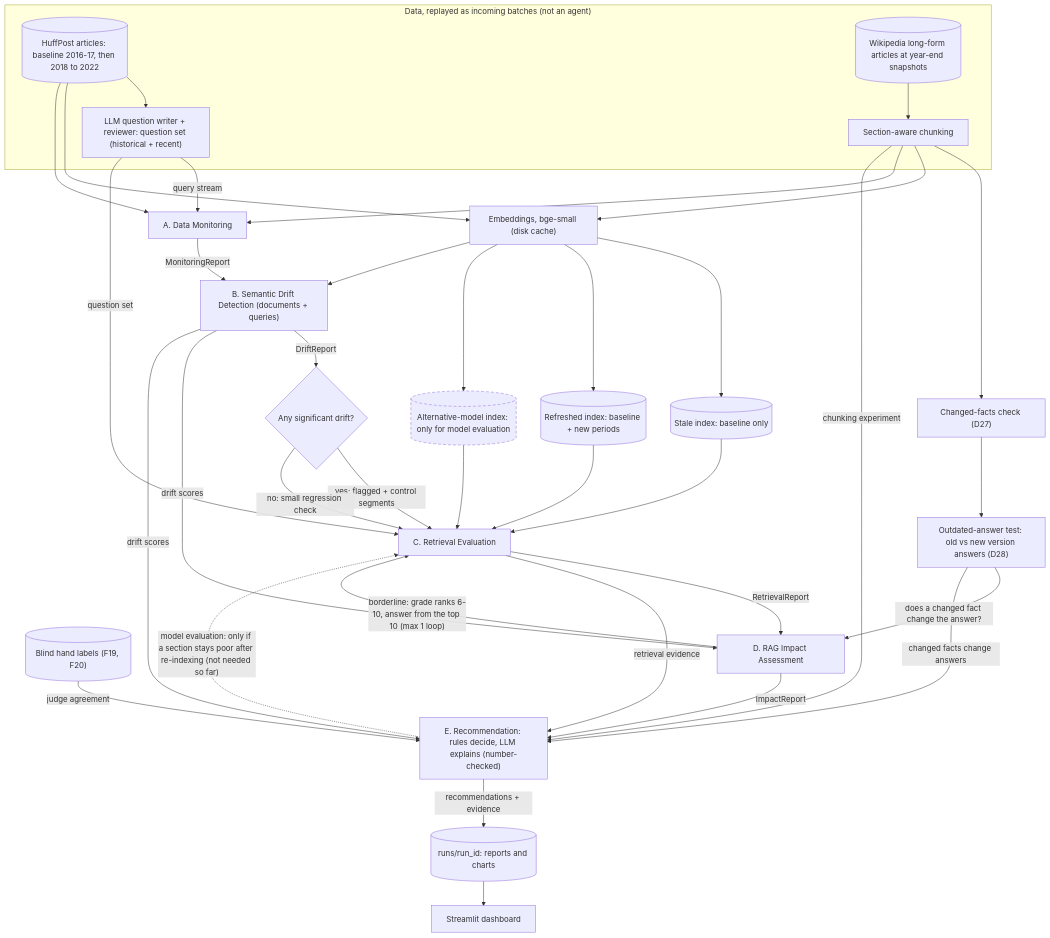
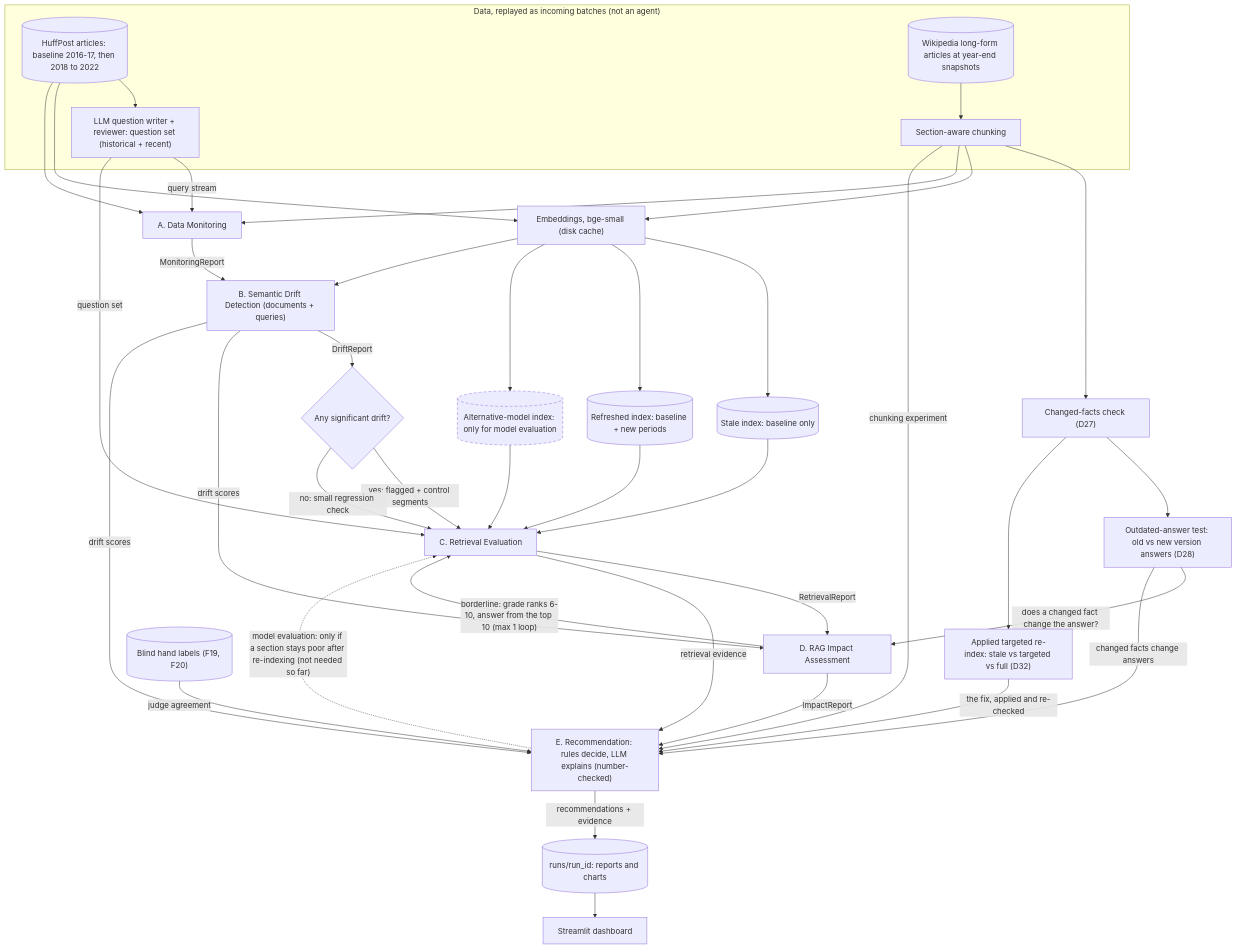
The diagram in docs/architecture.md (rahulleoak/rag-drift-monitor), drawn with Mermaid before and after one commit. The commit also changed other lines of this file and 6 other files, not shown here.

Commit message:
Docs refresh: coverage and success criteria show what is built; presentation notes brought up to date with next steps; architecture corrected (no LLM in Agent B); review file removed

````diff
--- a/docs/architecture.md
+++ b/docs/architecture.md
@@ -53,47 +56,49 @@
 ```mermaid
 flowchart TD
     subgraph DATA["Data, replayed as incoming batches (not an agent)"]
         HP[("HuffPost articles: baseline 2016-17, then 2018 to 2022")]
         WK[("Wikipedia long-form articles at year-end snapshots")]
         WK --> CH["Section-aware chunking"]
         HP --> QGEN["LLM question writer + reviewer: question set (historical + recent)"]
     end
     CH --> FACTS["Changed-facts check (D27)"]
     FACTS --> OAT["Outdated-answer test: old vs new version answers (D28)"]
+    FACTS --> RIX["Applied targeted re-index: stale vs targeted vs full (D32)"]
     LABELS[("Blind hand labels (F19, F20)")]
 
     HP --> EMB["Embeddings, bge-small (disk cache)"]
     CH --> EMB
     EMB --> STALE[("Stale index: baseline only")]
     EMB --> FRESH[("Refreshed index: baseline + new periods")]
     EMB --> ALT[("Alternative-model index: only for model evaluation")]
 
     HP --> A["A. Data Monitoring"]
     CH --> A
     QGEN -->|"query stream"| A
     A -->|"MonitoringReport"| B["B. Semantic Drift Detection (documents + queries)"]
     EMB --> B
     B -->|"DriftReport"| G1{"Any significant drift?"}
     G1 -->|"yes: flagged + control segments"| C["C. Retrieval Evaluation"]
     G1 -->|"no: small regression check"| C
     QGEN -->|"question set"| C
     STALE --> C
     FRESH --> C
     ALT --> C
     C -->|"RetrievalReport"| D["D. RAG Impact Assessment"]
     B -->|"drift scores"| D
     OAT -->|"does a changed fact change the answer?"| D
     D -->|"borderline: grade ranks 6-10, answer from the top 10 (max 1 loop)"| C
     D -->|"ImpactReport"| E["E. Recommendation: rules decide, LLM explains (number-checked)"]
     B -->|"drift scores"| E
     C -->|"retrieval evidence"| E
     OAT -->|"changed facts change answers"| E
+    RIX -->|"the fix, applied and re-checked"| E
     CH -->|"chunking experiment"| E
     LABELS -->|"judge agreement"| E
     E -.->|"model evaluation: only if a section stays poor after re-indexing (not needed so far)"| C
     E -->|"recommendations + evidence"| OUT[("runs/run_id: reports and charts")]
     OUT --> UI["Streamlit dashboard"]
 
     classDef planned stroke-dasharray: 6 4
     class ALT planned
 ```
````
